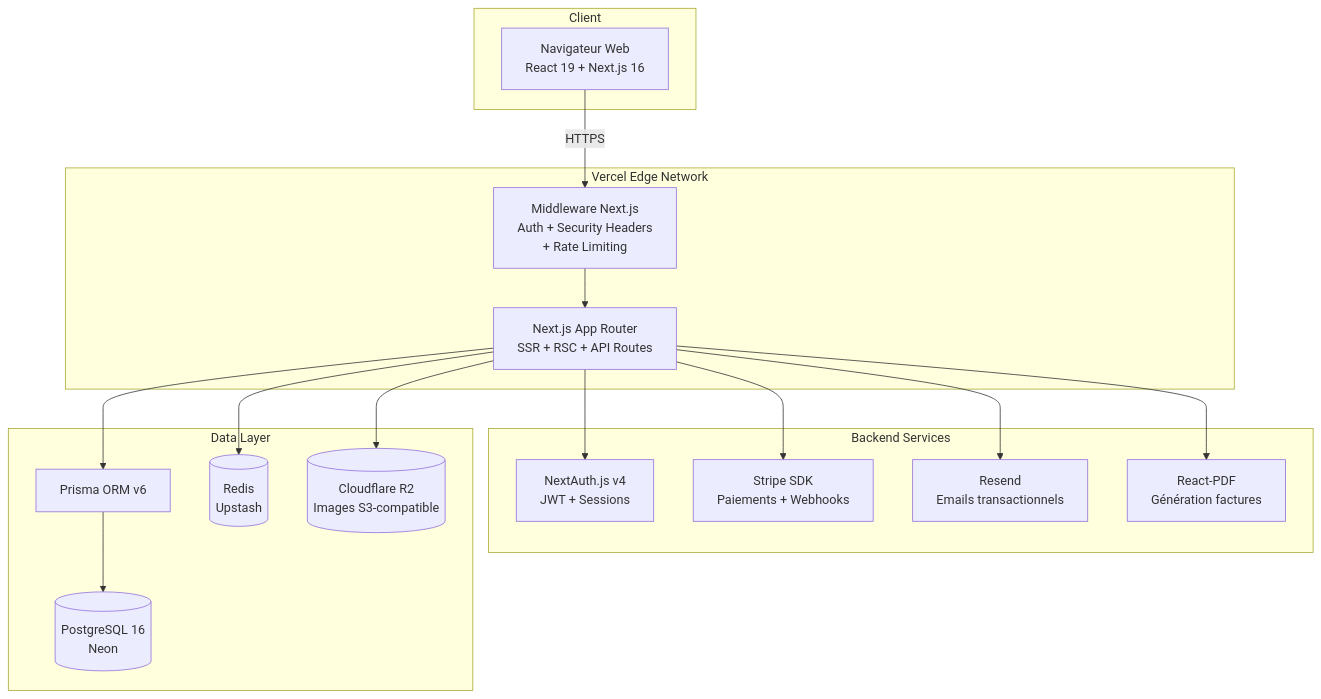
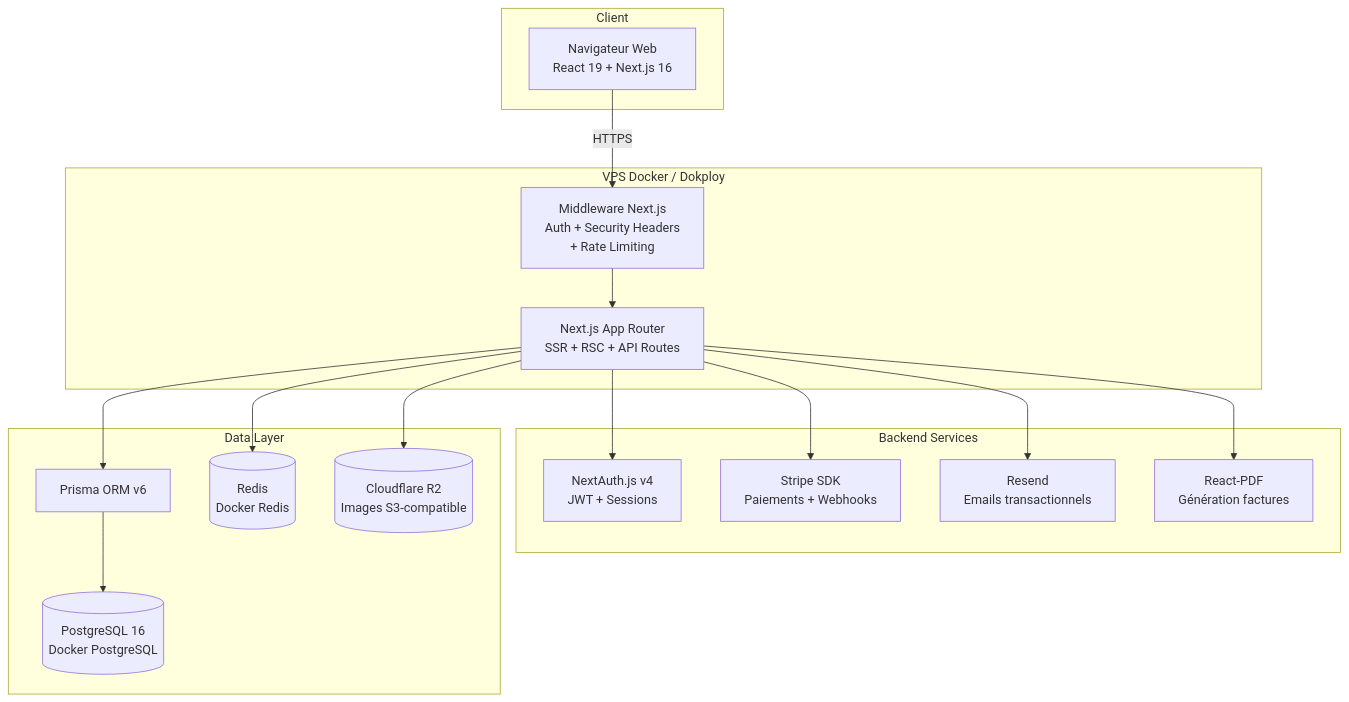
The first of 4 diagrams in docs/DCT.md (itsaam/althea-systems), drawn with Mermaid before and after one commit. The commit also changed other lines of this file and 14 other files, not shown here.

First line of the commit message:
fix: replace Vercel references with Dokploy/Docker + correct domain to althea.vjuya.me

````diff
--- a/docs/DCT.md
+++ b/docs/DCT.md
@@ -12,36 +12,36 @@
 ```mermaid
 graph TB
     subgraph "Client"
         BROWSER[Navigateur Web<br/>React 19 + Next.js 16]
     end
 
-    subgraph "Vercel Edge Network"
+    subgraph "VPS Docker / Dokploy"
         MIDDLEWARE[Middleware Next.js<br/>Auth + Security Headers<br/>+ Rate Limiting]
         SSR[Next.js App Router<br/>SSR + RSC + API Routes]
     end
 
     subgraph "Backend Services"
         AUTH[NextAuth.js v4<br/>JWT + Sessions]
         STRIPE_SVC[Stripe SDK<br/>Paiements + Webhooks]
         EMAIL_SVC[Resend<br/>Emails transactionnels]
         PDF_SVC[React-PDF<br/>Génération factures]
     end
 
     subgraph "Data Layer"
         PRISMA[Prisma ORM v6]
-        DB[(PostgreSQL 16<br/>Neon)]
-        REDIS[(Redis<br/>Upstash)]
+        DB[(PostgreSQL 16<br/>Docker PostgreSQL)]
+        REDIS[(Redis<br/>Docker Redis)]
         R2[(Cloudflare R2<br/>Images S3-compatible)]
     end
 
     BROWSER -->|HTTPS| MIDDLEWARE
     MIDDLEWARE --> SSR
     SSR --> AUTH
     SSR --> STRIPE_SVC
     SSR --> EMAIL_SVC
     SSR --> PDF_SVC
     SSR --> PRISMA
     PRISMA --> DB
     SSR --> REDIS
     SSR --> R2
 ```
````
